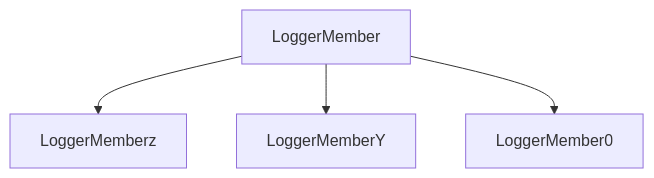
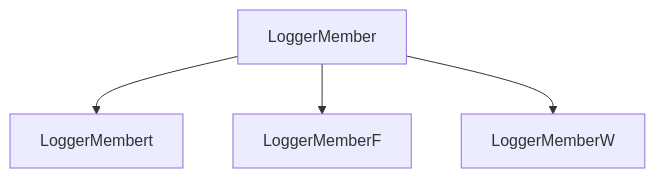
The diagram in mermaid.md (ellementul/uee-core), drawn with Mermaid before and after one commit. The commit also changed 4 other files, not shown here.

````diff
--- a/mermaid.md
+++ b/mermaid.md
@@ -1,11 +1,11 @@
 ```mermaid
  flowchart TD
-    kIAm8JhoeHiH3sp2DbOAGQyo5FqRyJySGRPEHk1b[LoggerMember]
-    zBxck1iRm77dOMgNaoYjjwbmcVFNvQJ4VVgqxsNn[LoggerMemberz]
-    Y437wHl5EN2Dqe[LoggerMemberY]
-    0gYUvaTh8hrFQaoD6udotiaTr8kyaft0FEAEkp7e[LoggerMember0]
+    BkVsD9kz1CIca988KQHPBhp8Al1jNPptadUAgRf[LoggerMember]
+    tEItVsJDV6LZdjGVju5YiuFev3hjCjsgb2MUr5b7[LoggerMembert]
+    Fp41435xAA2aqBjUzXbrDTau12pUpOY5NlS38fQk[LoggerMemberF]
+    WPQK6pczAMFaQoOpOKUlnoe1PtcoRLwLk2viN[LoggerMemberW]
 
-    kIAm8JhoeHiH3sp2DbOAGQyo5FqRyJySGRPEHk1b --> zBxck1iRm77dOMgNaoYjjwbmcVFNvQJ4VVgqxsNn
-    kIAm8JhoeHiH3sp2DbOAGQyo5FqRyJySGRPEHk1b --> Y437wHl5EN2Dqe
-    kIAm8JhoeHiH3sp2DbOAGQyo5FqRyJySGRPEHk1b --> 0gYUvaTh8hrFQaoD6udotiaTr8kyaft0FEAEkp7e
+    BkVsD9kz1CIca988KQHPBhp8Al1jNPptadUAgRf --> tEItVsJDV6LZdjGVju5YiuFev3hjCjsgb2MUr5b7
+    BkVsD9kz1CIca988KQHPBhp8Al1jNPptadUAgRf --> Fp41435xAA2aqBjUzXbrDTau12pUpOY5NlS38fQk
+    BkVsD9kz1CIca988KQHPBhp8Al1jNPptadUAgRf --> WPQK6pczAMFaQoOpOKUlnoe1PtcoRLwLk2viN
 ```
````
